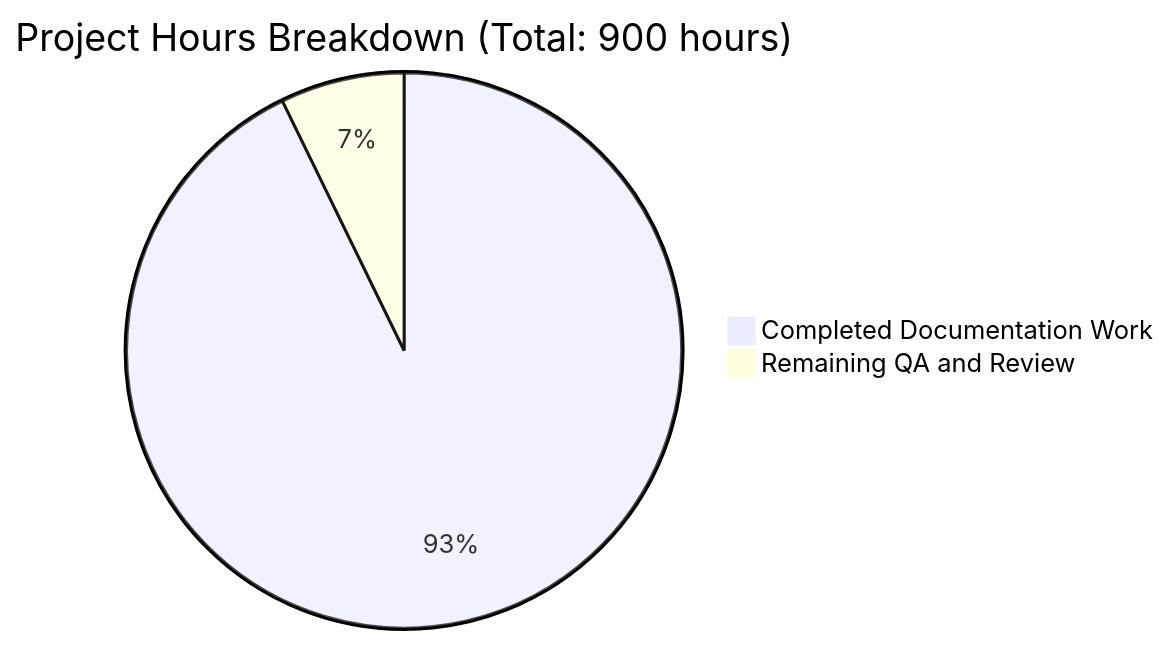
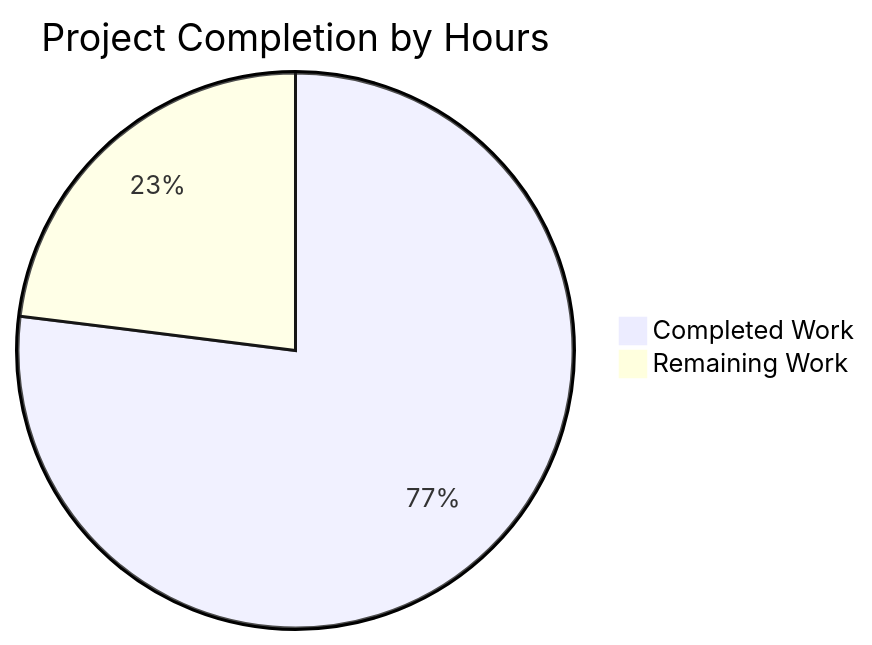
One commit to blitzy-public-samples/blitzy-dnsmasq-mirror changed the first of 2 diagrams in blitzy/documentation/Project Guide.md. Above: the diagram before and after it, drawn with Mermaid. The commit also changed other lines of this file, not shown here.

Commit message:
Adding Blitzy Project Guide: Project Status and Human Tasks Remaining

````diff
--- a/blitzy/documentation/Project Guide.md
+++ b/blitzy/documentation/Project Guide.md
@@ -42,5 +43,5 @@
 ```mermaid
-pie title Project Hours Breakdown (Total: 900 hours)
-    "Completed Documentation Work" : 835
-    "Remaining QA and Review" : 65
+pie title Project Completion by Hours
+    "Completed Work" : 1247
+    "Remaining Work" : 373
 ```
````
